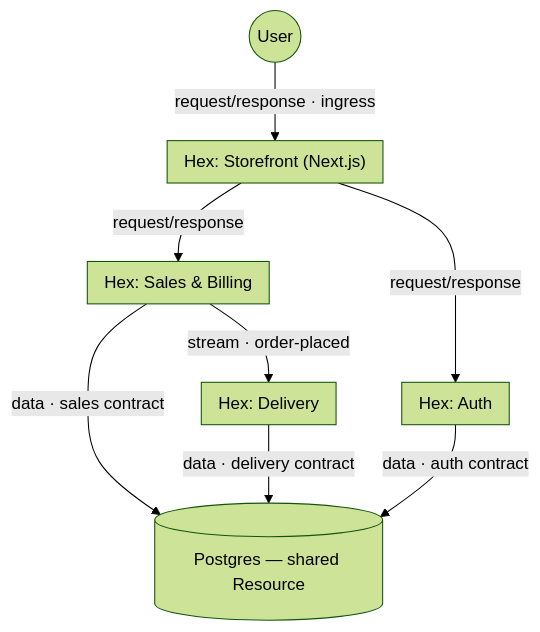
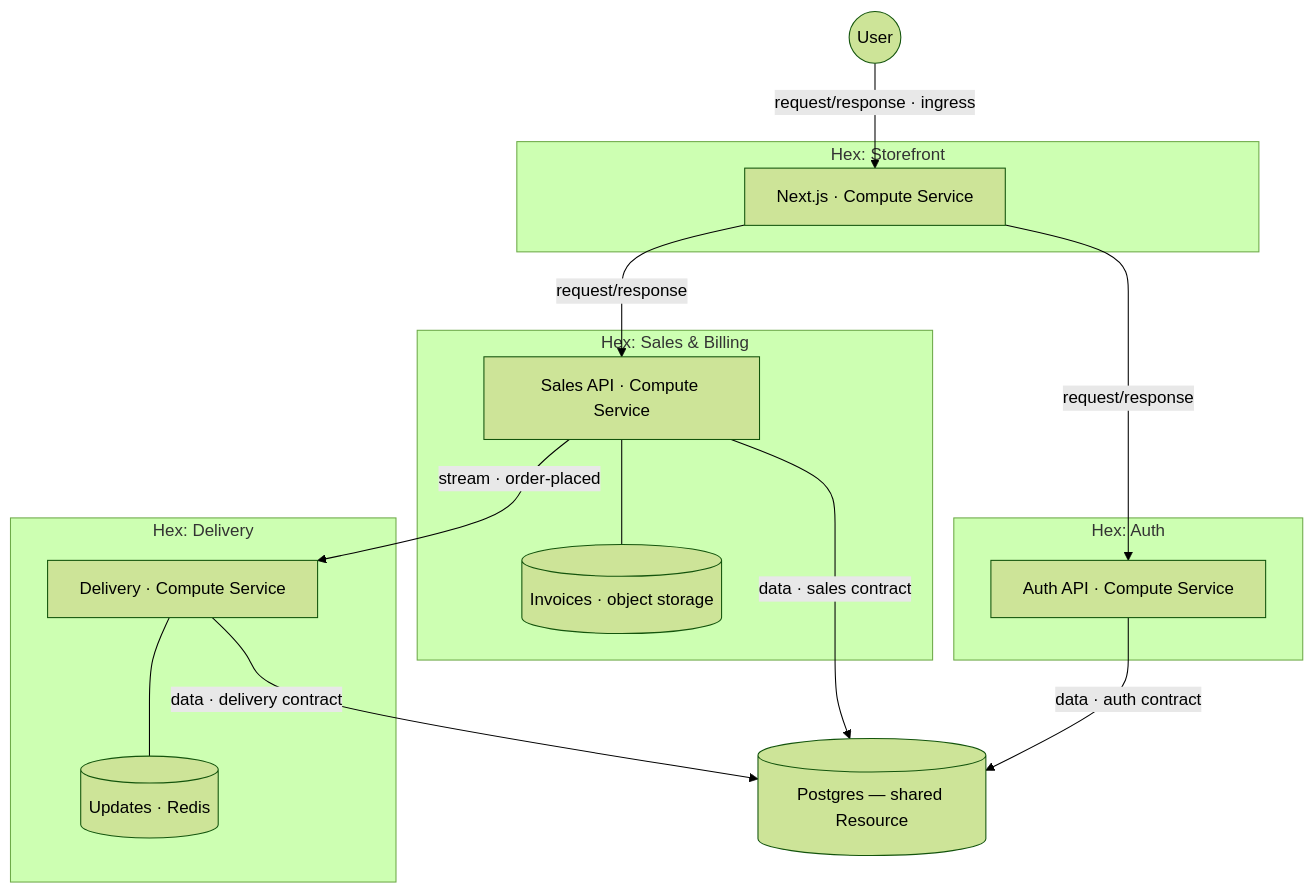
The diagram in README.md (prisma/app), drawn with Mermaid (forest theme) before and after one commit. The commit also changed other lines of this file and 4 other files, not shown here.

First line of the commit message:
docs: model Service/Resource/Configuration taxonomy; enrich README diagram

````diff
--- a/README.md
+++ b/README.md
@@ -23,22 +23,30 @@
 ```mermaid
 flowchart TB
   User((User))
 
-  subgraph Storefront["Hex: Storefront (Next.js)"]
+  subgraph Storefront["Hex: Storefront"]
+    SF["Next.js · Compute Service"]
   end
   subgraph Sales["Hex: Sales & Billing"]
+    SA["Sales API · Compute Service"]
+    INV[("Invoices · object storage")]
+    SA --- INV
   end
   subgraph Delivery["Hex: Delivery"]
+    DE["Delivery · Compute Service"]
+    RD[("Updates · Redis")]
+    DE --- RD
   end
   subgraph Auth["Hex: Auth"]
+    AU["Auth API · Compute Service"]
   end
   PG[("Postgres — shared Resource")]
 
-  User -->|request/response · ingress| Storefront
-  Storefront -->|request/response| Sales
-  Storefront -->|request/response| Auth
-  Sales -->|stream · order-placed| Delivery
-  Sales -->|data · sales contract| PG
-  Delivery -->|data · delivery contract| PG
-  Auth -->|data · auth contract| PG
+  User -->|request/response · ingress| SF
+  SF -->|request/response| SA
+  SF -->|request/response| AU
+  SA -->|stream · order-placed| DE
+  SA -->|data · sales contract| PG
+  DE -->|data · delivery contract| PG
+  AU -->|data · auth contract| PG
 ```
````
